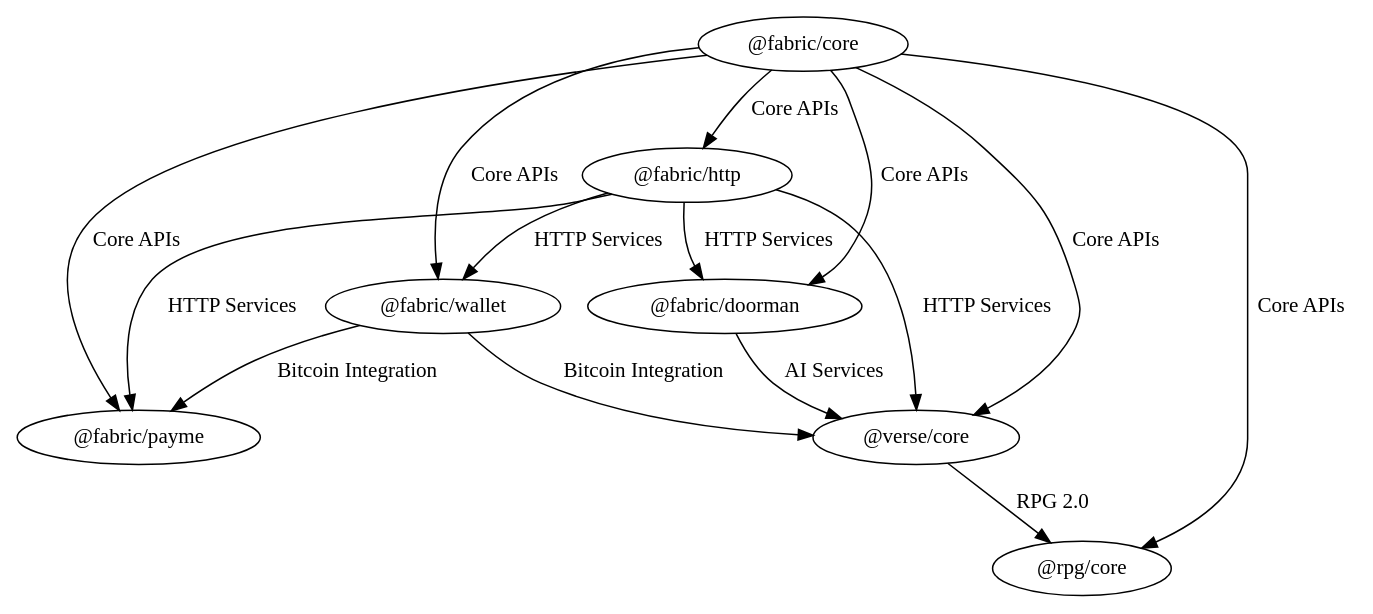
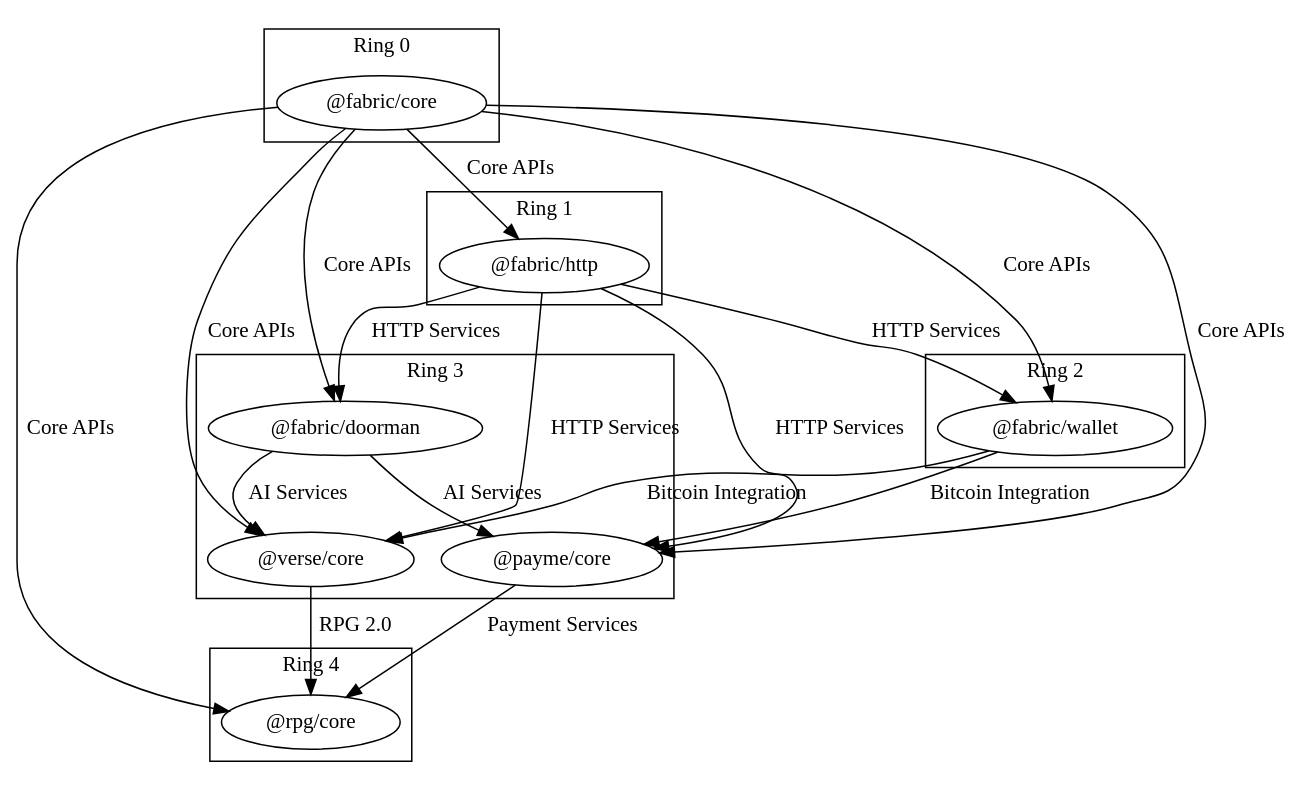
One commit to FabricLabs/meta changed the diagram in contracts/overview.dot. Above: the diagram before and after it, drawn with Graphviz. The commit also changed 5 other files, not shown here.

```diff
--- a/contracts/overview.dot
+++ b/contracts/overview.dot
@@ -1,24 +1,54 @@
 digraph Overview {
   "@fabric/core"
   "@fabric/http"
   "@fabric/wallet"
 
   "@fabric/core" -> "@fabric/http" [label="Core APIs"]
   "@fabric/core" -> "@fabric/doorman" [label="Core APIs"]
-  "@fabric/core" -> "@fabric/payme" [label="Core APIs"]
   "@fabric/core" -> "@fabric/wallet" [label="Core APIs"]
+  "@fabric/core" -> "@payme/core" [label="Core APIs"]
   "@fabric/core" -> "@rpg/core" [label="Core APIs"]
   "@fabric/core" -> "@verse/core" [label="Core APIs"]
 
   "@fabric/http" -> "@fabric/doorman" [label="HTTP Services"]
-  "@fabric/http" -> "@fabric/payme" [label="HTTP Services"]
   "@fabric/http" -> "@fabric/wallet" [label="HTTP Services"]
+  "@fabric/http" -> "@payme/core" [label="HTTP Services"]
   "@fabric/http" -> "@verse/core" [label="HTTP Services"]
 
+  "@fabric/doorman" -> "@payme/core" [label="AI Services"]
   "@fabric/doorman" -> "@verse/core" [label="AI Services"]
 
-  "@fabric/wallet" -> "@fabric/payme" [label="Bitcoin Integration"]
+  "@fabric/wallet" -> "@payme/core" [label="Bitcoin Integration"]
   "@fabric/wallet" -> "@verse/core" [label="Bitcoin Integration"]
 
+  "@payme/core" -> "@rpg/core" [label="Payment Services"]
+
   "@verse/core" -> "@rpg/core" [label="RPG 2.0"]
+
+  subgraph cluster_ring_0 {
+    label = "Ring 0"
+    "@fabric/core"
+  }
+
+  subgraph cluster_ring_1 {
+    label = "Ring 1"
+    "@fabric/http"
+  }
+
+  subgraph cluster_ring_2 {
+    label = "Ring 2"
+    "@fabric/wallet"
+  }
+
+  subgraph cluster_ring_3 {
+    label = "Ring 3"
+    "@fabric/doorman"
+    "@payme/core"
+    "@verse/core"
+  }
+
+  subgraph cluster_ring_4 {
+    label = "Ring 4"
+    "@rpg/core"
+  }
 }
```
